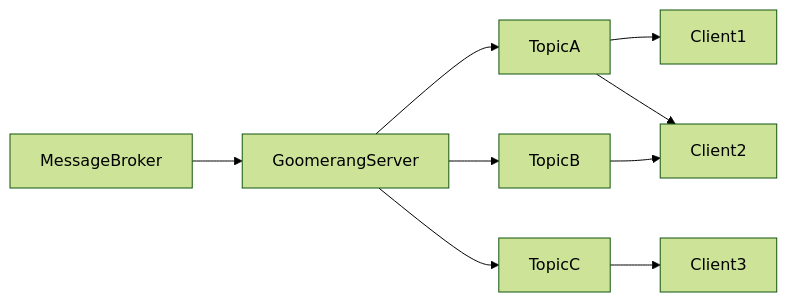
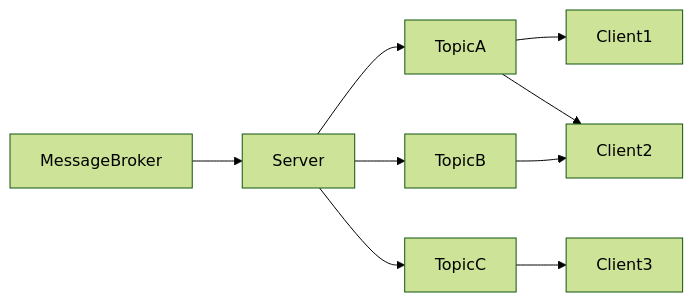
The sixth of 8 diagrams in README.md (eloylp/goomerang), drawn with Mermaid (forest theme) before and after one commit. The commit also changed other lines of this file and 1 other file, not shown here.

````diff
--- a/README.md
+++ b/README.md
@@ -521,11 +524,11 @@
 ```mermaid
 graph LR;
-MessageBroker-->GoomerangServer;
-GoomerangServer-->TopicA;
-GoomerangServer-->TopicB;
-GoomerangServer-->TopicC;
+MessageBroker-->Server;
+Server-->TopicA;
+Server-->TopicB;
+Server-->TopicC;
 TopicA-->Client1;
 TopicA-->Client2;
 TopicB-->Client2;
 TopicC-->Client3;
 ```
````
